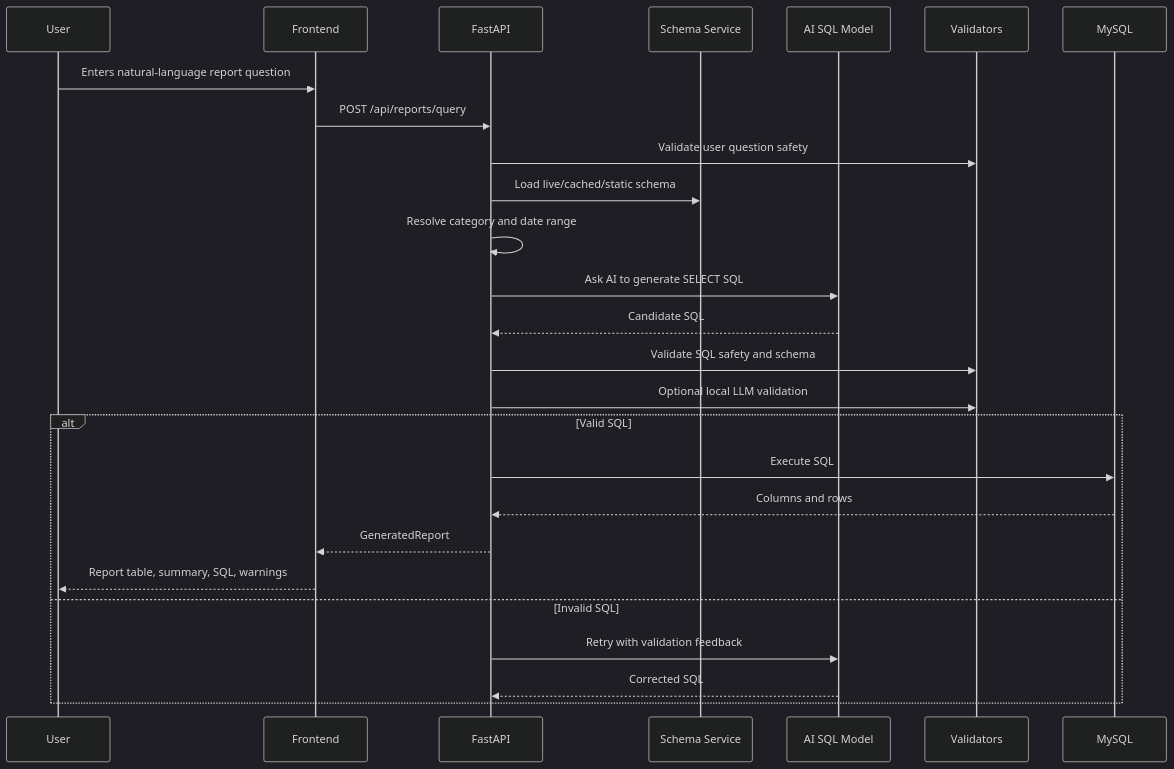
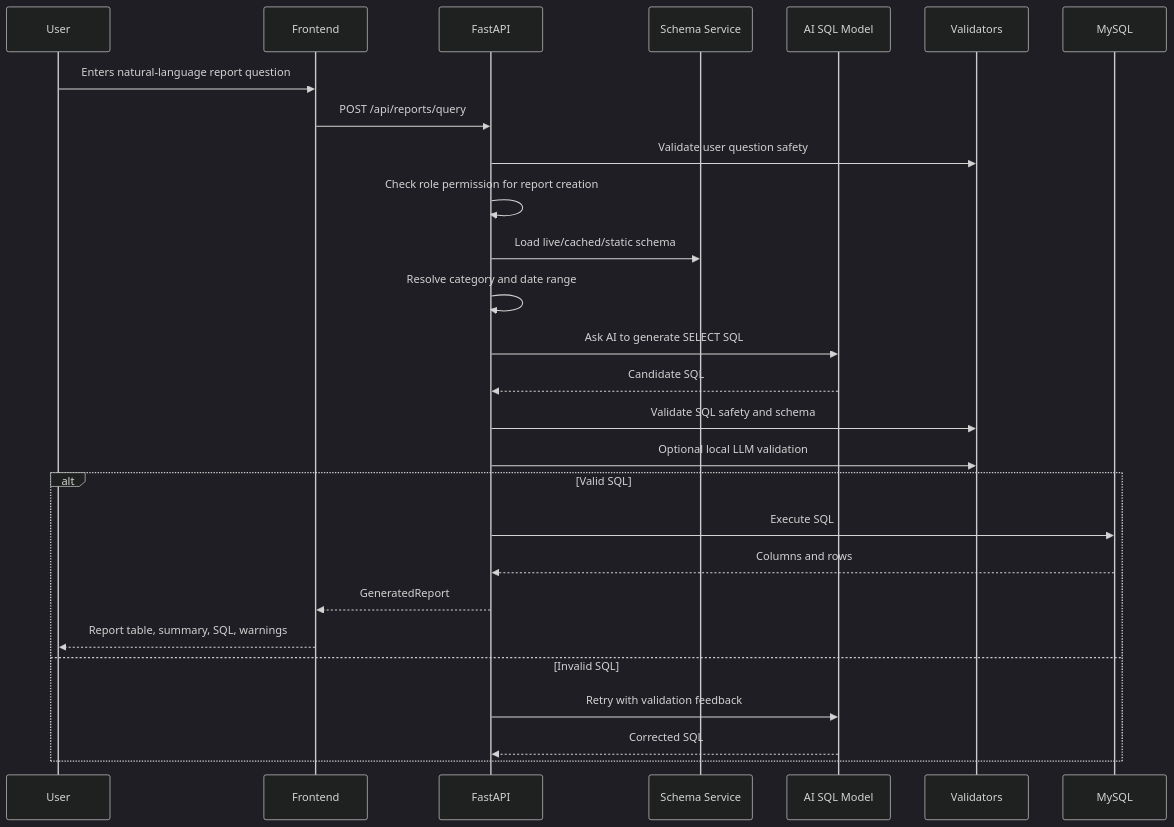
One commit to dhiraj-solace/Dewita-AI-Reporting-JSR changed the second of 2 diagrams in docs/TECHNICAL_DOCUMENTATION.md. Above: the diagram before and after it, drawn with Mermaid (dark theme). The commit also changed other lines of this file and 11 other files, not shown here.

````diff
--- a/docs/TECHNICAL_DOCUMENTATION.md
+++ b/docs/TECHNICAL_DOCUMENTATION.md
@@ -109,29 +116,30 @@
 ```mermaid
 sequenceDiagram
   participant U as User
   participant F as Frontend
   participant B as FastAPI
   participant S as Schema Service
   participant A as AI SQL Model
   participant V as Validators
   participant D as MySQL
 
   U->>F: Enters natural-language report question
   F->>B: POST /api/reports/query
   B->>V: Validate user question safety
+  B->>B: Check role permission for report creation
   B->>S: Load live/cached/static schema
   B->>B: Resolve category and date range
   B->>A: Ask AI to generate SELECT SQL
   A-->>B: Candidate SQL
   B->>V: Validate SQL safety and schema
   B->>V: Optional local LLM validation
   alt Valid SQL
     B->>D: Execute SQL
     D-->>B: Columns and rows
     B-->>F: GeneratedReport
     F-->>U: Report table, summary, SQL, warnings
   else Invalid SQL
     B->>A: Retry with validation feedback
     A-->>B: Corrected SQL
   end
 ```
````
